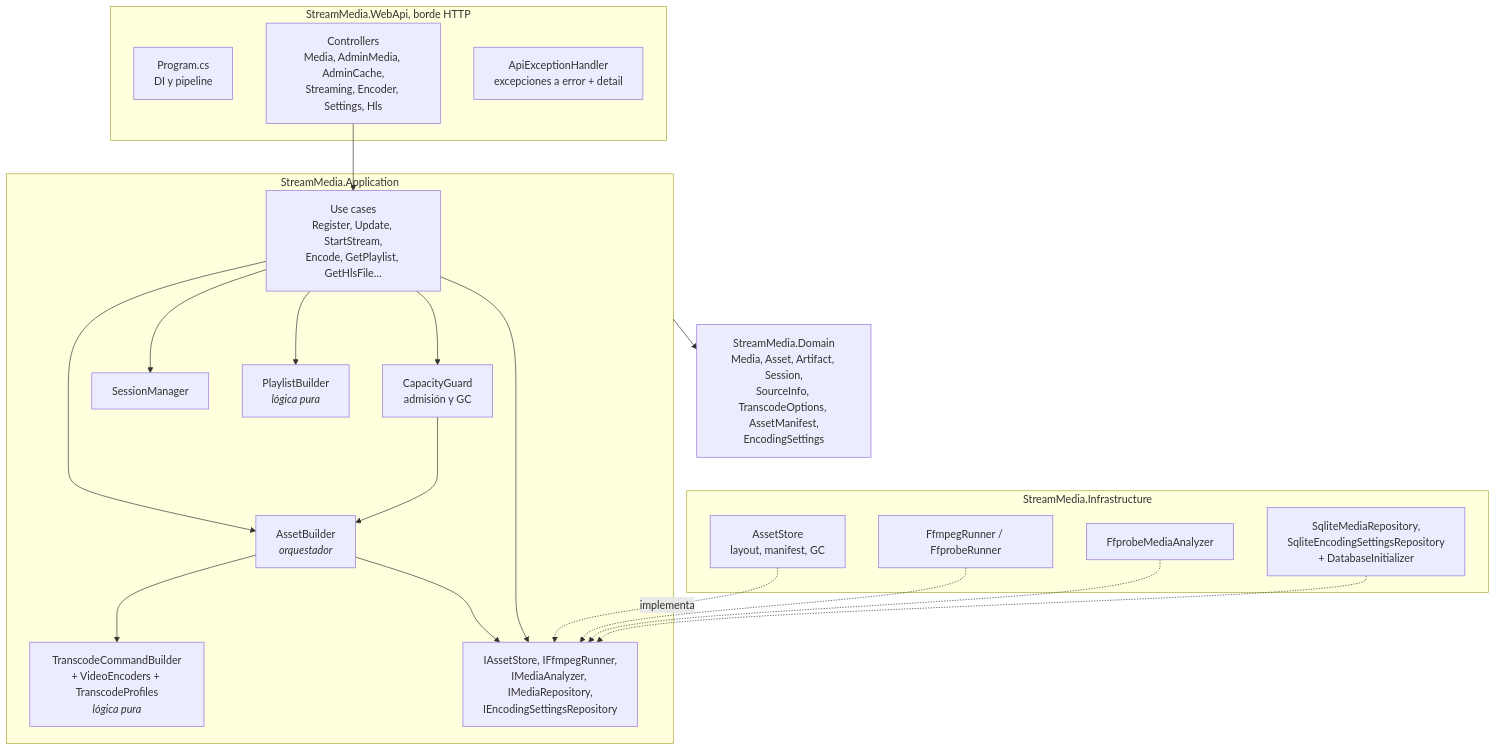
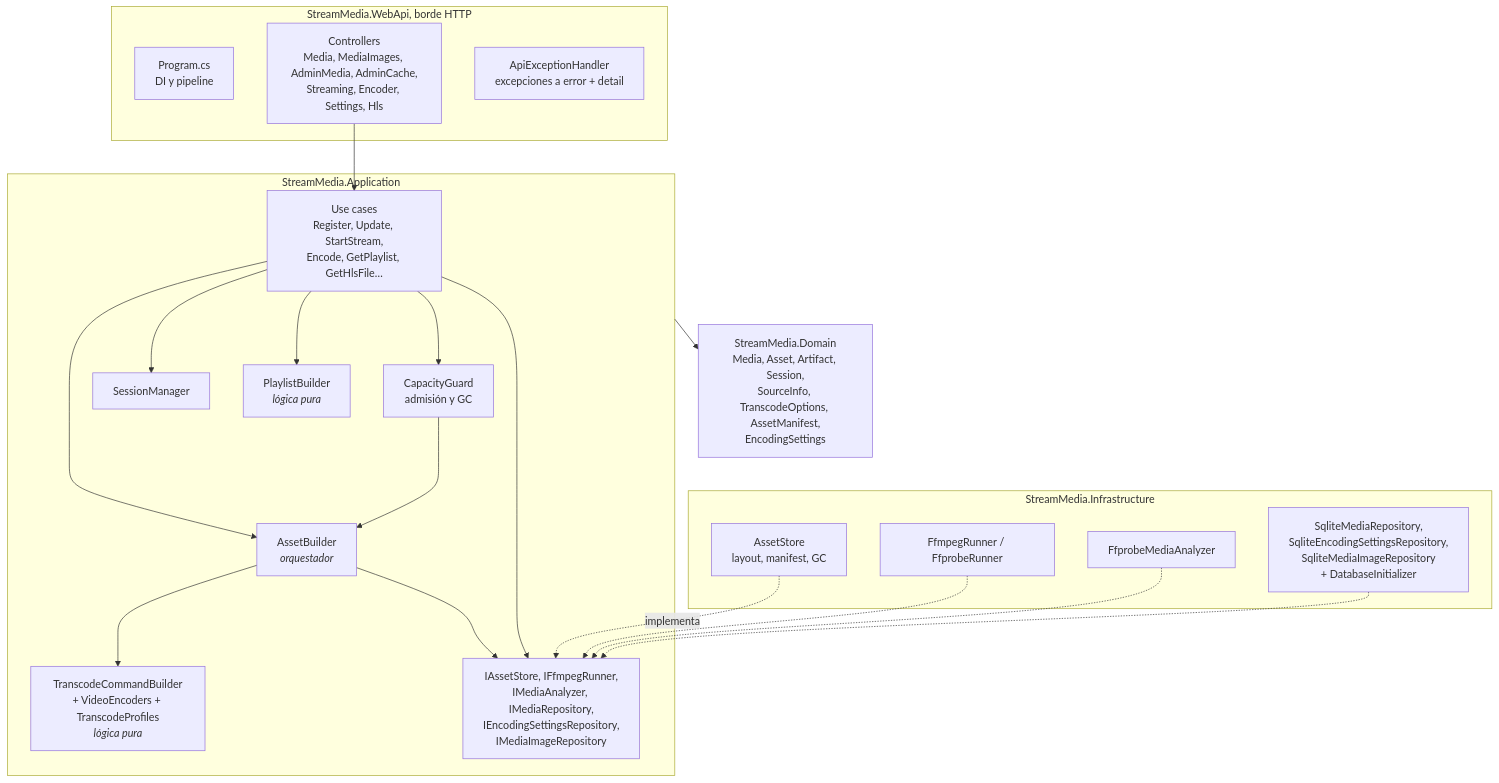
One commit to Juan045/home-stream-app changed the third of 15 diagrams in system_arquitecture.md. Above: the diagram before and after it, drawn with Mermaid. The commit also changed other lines of this file and 22 other files, not shown here.

Commit message:
feat: store and serve media images

````diff
--- a/system_arquitecture.md
+++ b/system_arquitecture.md
@@ -123,42 +123,42 @@
 ```mermaid
 flowchart TB
     subgraph web["StreamMedia.WebApi, borde HTTP"]
         PROG["Program.cs<br/>DI y pipeline"]
-        CTRL["Controllers<br/>Media, AdminMedia, AdminCache,<br/>Streaming, Encoder, Settings, Hls"]
+        CTRL["Controllers<br/>Media, MediaImages, AdminMedia, AdminCache,<br/>Streaming, Encoder, Settings, Hls"]
         ERR["ApiExceptionHandler<br/>excepciones a error + detail"]
     end
 
     subgraph app["StreamMedia.Application"]
         UC["Use cases<br/>Register, Update, StartStream,<br/>Encode, GetPlaylist, GetHlsFile…"]
         BUILDER["AssetBuilder<br/><i>orquestador</i>"]
         GUARD["CapacityGuard<br/>admisión y GC"]
         SESS["SessionManager"]
         PLAY["PlaylistBuilder<br/><i>lógica pura</i>"]
         CMD["TranscodeCommandBuilder<br/>+ VideoEncoders + TranscodeProfiles<br/><i>lógica pura</i>"]
-        IFACES["IAssetStore, IFfmpegRunner,<br/>IMediaAnalyzer, IMediaRepository,<br/>IEncodingSettingsRepository"]
+        IFACES["IAssetStore, IFfmpegRunner,<br/>IMediaAnalyzer, IMediaRepository,<br/>IEncodingSettingsRepository,<br/>IMediaImageRepository"]
     end
 
     subgraph inf["StreamMedia.Infrastructure"]
         STORE["AssetStore<br/>layout, manifest, GC"]
         RUN["FfmpegRunner / FfprobeRunner"]
         ANALYZ["FfprobeMediaAnalyzer"]
-        REPO["SqliteMediaRepository,<br/>SqliteEncodingSettingsRepository<br/>+ DatabaseInitializer"]
+        REPO["SqliteMediaRepository,<br/>SqliteEncodingSettingsRepository,<br/>SqliteMediaImageRepository<br/>+ DatabaseInitializer"]
     end
 
     DOM["StreamMedia.Domain<br/>Media, Asset, Artifact, Session,<br/>SourceInfo, TranscodeOptions, AssetManifest,<br/>EncodingSettings"]
 
     CTRL --> UC
     UC --> BUILDER
     UC --> GUARD
     UC --> SESS
     UC --> PLAY
     GUARD --> BUILDER
     BUILDER --> CMD
     BUILDER --> IFACES
     UC --> IFACES
     STORE -.->|"implementa"| IFACES
     RUN -.-> IFACES
     ANALYZ -.-> IFACES
     REPO -.-> IFACES
     app --> DOM
 ```
````
